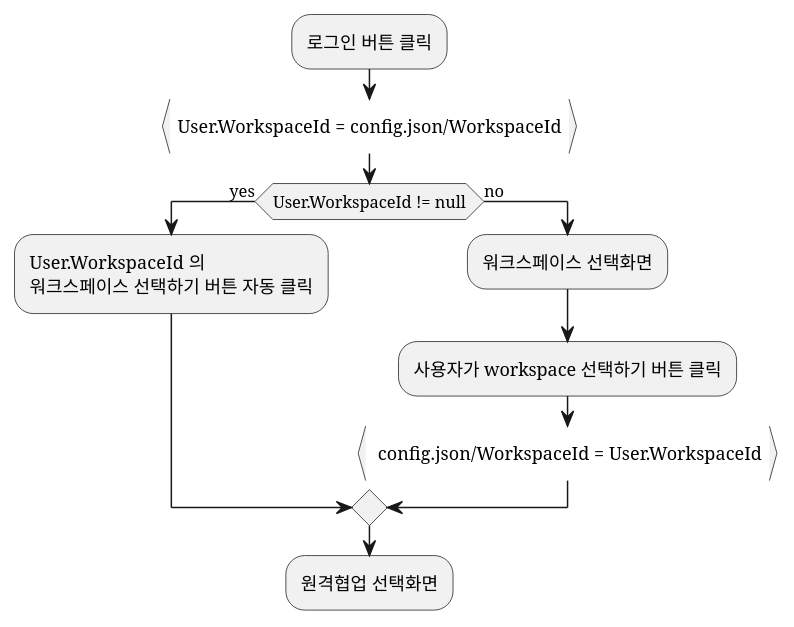
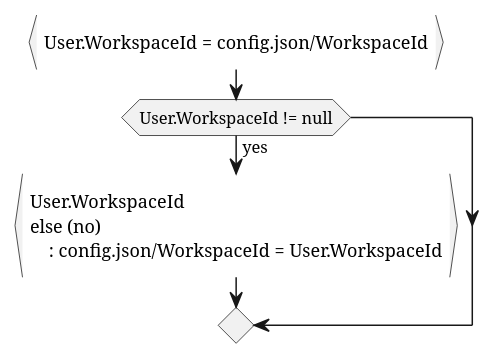
Before and after one commit to ChangJae-VIRNECT/plantUMLResipitory: the diagram in Reconnect to last conected workspace/Activity Diagram.iuml, drawn with PlantUML.

```diff
--- a/Reconnect to last conected workspace/Activity Diagram.iuml
+++ b/Reconnect to last conected workspace/Activity Diagram.iuml
@@ -1,13 +1,8 @@
 @startuml Reconnect to last conected workspace
-:로그인 버튼 클릭;
 :User.WorkspaceId = config.json/WorkspaceId}
 if (User.WorkspaceId != null) then (yes)
-    :User.WorkspaceId 의
-    워크스페이스 선택하기 버튼 자동 클릭;
+    :User.WorkspaceId
 else (no)
-    :워크스페이스 선택화면;
-    :사용자가 workspace 선택하기 버튼 클릭;
     : config.json/WorkspaceId = User.WorkspaceId}
 endif
-:원격협업 선택화면;
 @enduml
```
